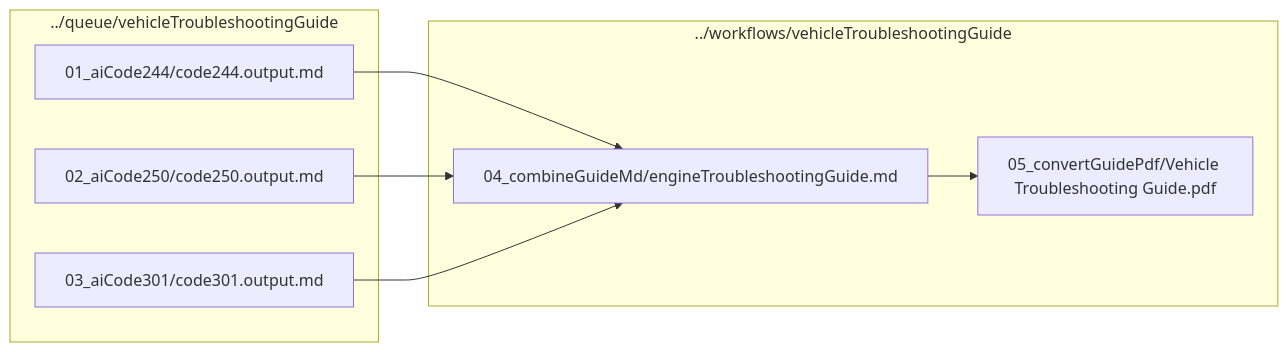
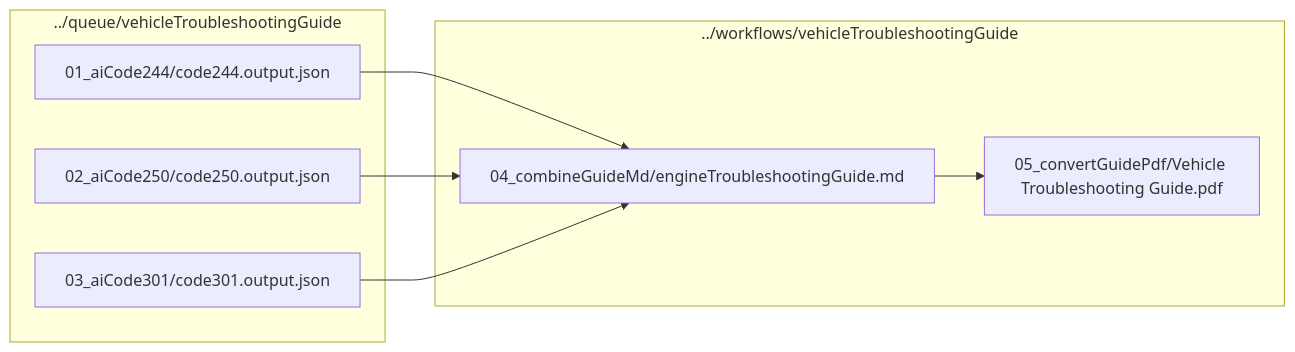
One commit to beaumanvienna/JarvisAgent changed the second of 2 diagrams in example/workflows/vehicleTroubleshootingGuide.md. Above: the diagram before and after it, drawn with Mermaid. The commit also changed other lines of this file and 48 other files, not shown here.

````diff
--- a/example/workflows/vehicleTroubleshootingGuide.md
+++ b/example/workflows/vehicleTroubleshootingGuide.md
@@ -35,16 +44,16 @@
 ```mermaid
 flowchart LR
     subgraph Queue["../queue/vehicleTroubleshootingGuide"]
-        q244["01_aiCode244/code244.output.md"]
-        q250["02_aiCode250/code250.output.md"]
-        q301["03_aiCode301/code301.output.md"]
+        q244["01_aiCode244/code244.output.json"]
+        q250["02_aiCode250/code250.output.json"]
+        q301["03_aiCode301/code301.output.json"]
     end
     subgraph Workflows["../workflows/vehicleTroubleshootingGuide"]
         mdOut["04_combineGuideMd/engineTroubleshootingGuide.md"]
         pdfOut["05_convertGuidePdf/Vehicle Troubleshooting Guide.pdf"]
     end
     q244 --> mdOut
     q250 --> mdOut
     q301 --> mdOut
     mdOut --> pdfOut
 ```
````
